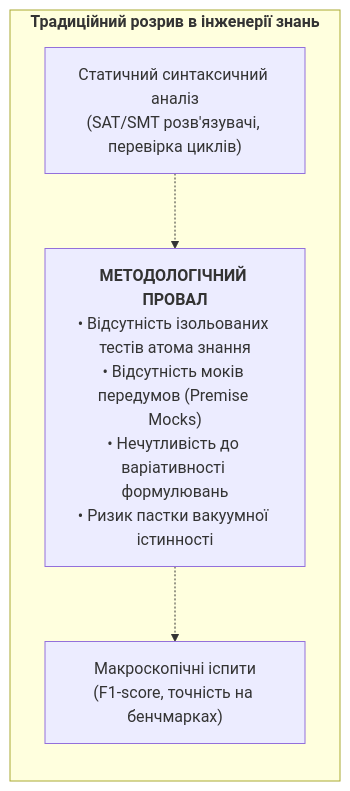
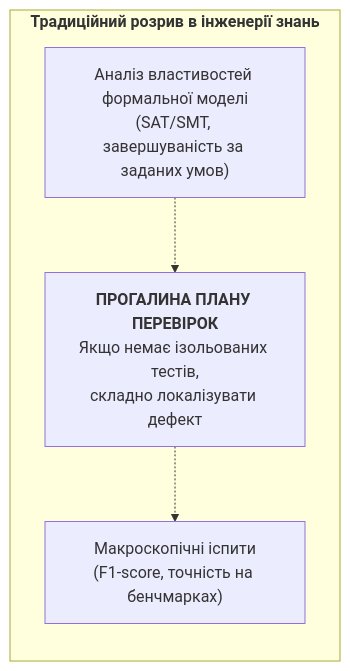
One commit to nick-fedchik/articles changed the first of 9 diagrams in ExpertSystem/ch36-knowledge-testing-pyramid-and-variational-calibration.md. Above: the diagram before and after it, drawn with Mermaid. The commit also changed other lines of this file and 9 other files, not shown here.

````diff
--- a/ExpertSystem/ch36-knowledge-testing-pyramid-and-variational-calibration.md
+++ b/ExpertSystem/ch36-knowledge-testing-pyramid-and-variational-calibration.md
@@ -35,10 +45,10 @@
 ```mermaid
 flowchart LR
     accTitle: Традиційний розрив в інженерії знань
     accDescr: Провал між статичним аналізом правил та макроіспитами без ізольованого модульного тестування.
 
     subgraph TraditionalGap["<b>Традиційний розрив в інженерії знань</b>"]
-        STATIC["Статичний синтаксичний аналіз<br/>(SAT/SMT розв'язувачі, перевірка циклів)"] -.-> GAP["<b>МЕТОДОЛОГІЧНИЙ ПРОВАЛ</b><br/>• Відсутність ізольованих тестів атома знання<br/>• Відсутність моків передумов (Premise Mocks)<br/>• Нечутливість до варіативності формулювань<br/>• Ризик пастки вакуумної істинності"]
+		STATIC["Аналіз властивостей формальної моделі<br/>(SAT/SMT, завершуваність за заданих умов)"] -.-> GAP["<b>ПРОГАЛИНА ПЛАНУ ПЕРЕВІРОК</b><br/>Якщо немає ізольованих тестів,<br/>складно локалізувати дефект"]
         GAP -.-> E2E["Макроскопічні іспити<br/>(F1-score, точність на бенчмарках)"]
     end
 ```
````
